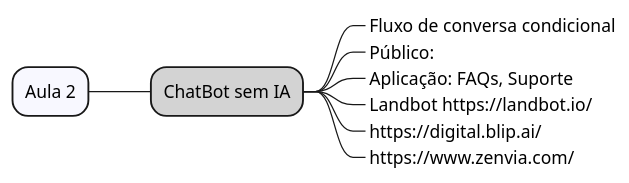
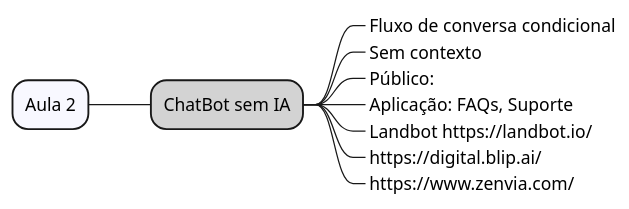
One commit to acnaweb/chatbot changed the diagram in docs/src/aula2.wsd. Above: the diagram before and after it, drawn with PlantUML. The commit also changed 1 other file, not shown here.

```diff
--- a/docs/src/aula2.wsd
+++ b/docs/src/aula2.wsd
@@ -1,16 +1,17 @@
 @startmindmap
 
 *[#F8F8FF] Aula 2
 
 **[#LightGray] ChatBot sem IA
 
 ***_ Fluxo de conversa condicional
+***_ Sem contexto
 ***_ Público: 
 ***_ Aplicação: FAQs, Suporte
 ***_ Landbot https://landbot.io/
 ***_ https://digital.blip.ai/
 ***_ https://www.zenvia.com/
 
 left side
 
 @endmindmap
```
